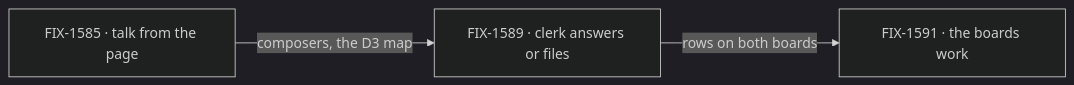
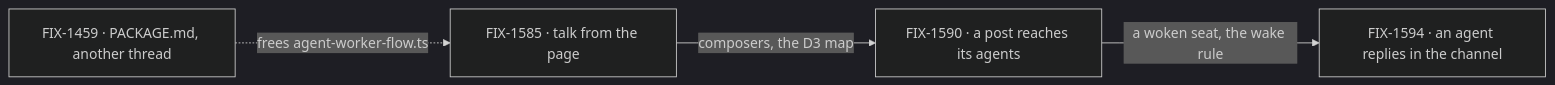
Before and after one commit to fixpoint-labs/flow-state-dev: the diagram in specs/epics/FIX-1592/SPEC.md, drawn with Mermaid (dark theme). The commit also changed other lines of this file and 8 other files, not shown here.

````diff
--- a/specs/epics/FIX-1592/SPEC.md
+++ b/specs/epics/FIX-1592/SPEC.md
@@ -63,5 +61,6 @@
 ```mermaid
 flowchart LR
-  A["FIX-1585 · talk from the page"] -->|"composers, the D3 map"| B["FIX-1589 · clerk answers or files"]
-  B -->|"rows on both boards"| D["FIX-1591 · the boards work"]
+  I["FIX-1459 · PACKAGE.md, another thread"] -.->|"frees agent-worker-flow.ts"| A
+  A["FIX-1585 · talk from the page"] -->|"composers, the D3 map"| B["FIX-1590 · a post reaches its agents"]
+  B -->|"a woken seat, the wake rule"| C["FIX-1594 · an agent replies in the channel"]
 ```
````
